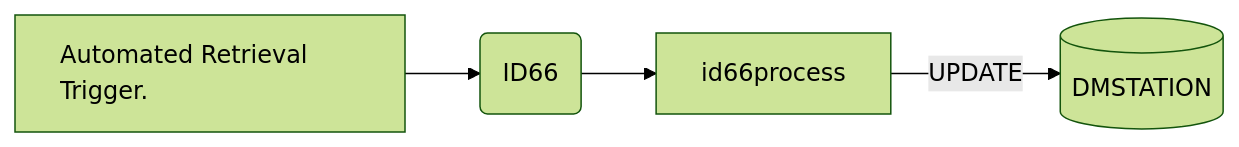
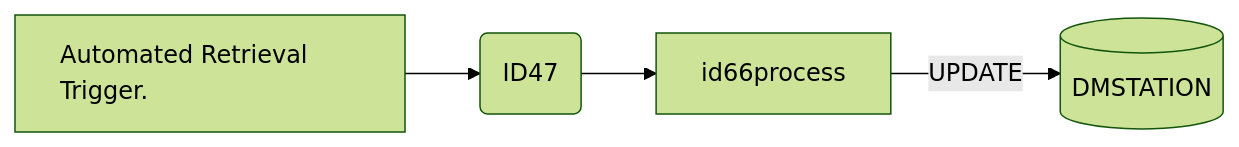
Before and after one commit to luthfiadityaa/SimeDarby-Wiki: the second of 13 diagrams in Basic-Design/DFD-WMS/Retrieval/Stacked-Empty-Pallet.md, drawn with Mermaid (forest theme). The commit also changed other lines of this file, not shown here.

```diff
--- a/Basic-Design/DFD-WMS/Retrieval/Stacked-Empty-Pallet.md
+++ b/Basic-Design/DFD-WMS/Retrieval/Stacked-Empty-Pallet.md
@@ -57,18 +51,18 @@
 ::: mermaid
 flowchart LR
     input[
         Automated Retrieval Trigger.      
     ]
 
     id66msg("
-     ID66
+     ID47
     ")
     tableList-update[("
         DMSTATION
     ")]
 
     input -->id66msg-->id66process--> |UPDATE| tableList-update
 
     classDef leftAlign text-align:left;
     class input leftAlign;
 :::
```
